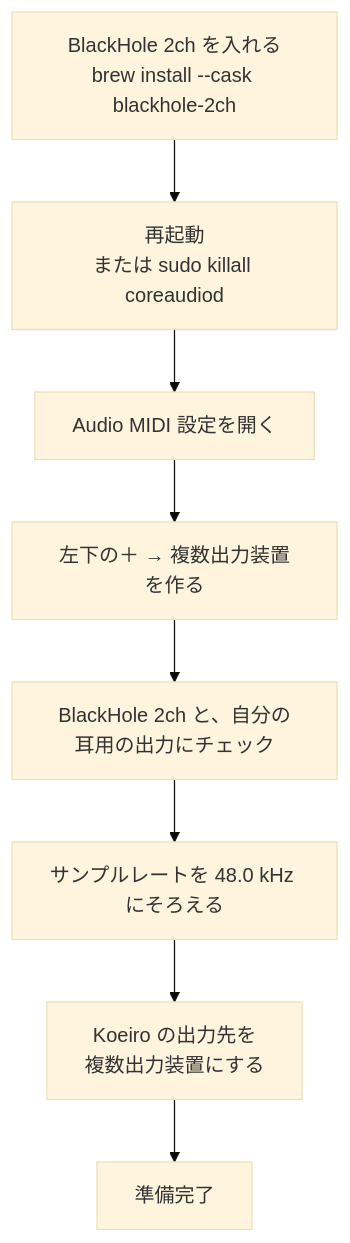
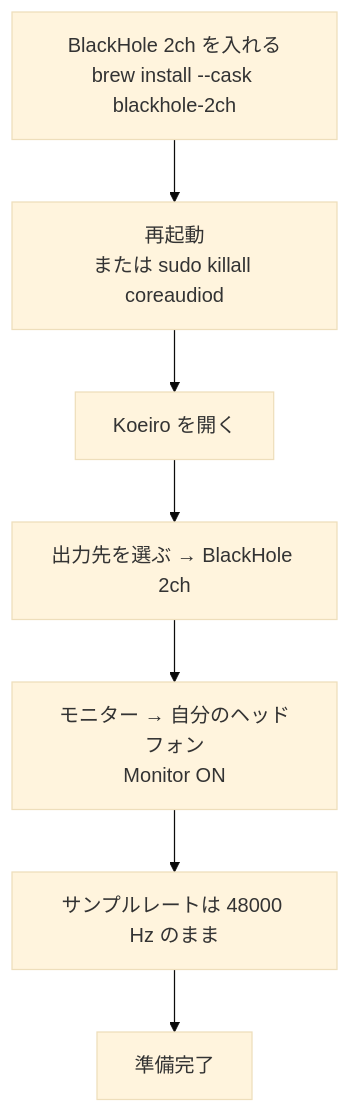
The second of 4 diagrams in AUDIO_MAC.md (riryo3/koeiro-mac), drawn with Mermaid (base theme) before and after one commit. The commit also changed other lines of this file and 2 other files, not shown here.

Commit message:
AUDIO_MAC: use Koeiro monitor instead of multi-output, recommend Chrome

````diff
--- a/AUDIO_MAC.md
+++ b/AUDIO_MAC.md
@@ -30,10 +36,9 @@
 ```mermaid
 flowchart TD
     A["BlackHole 2ch を入れる<br>brew install --cask blackhole-2ch"] --> B["再起動<br>または sudo killall coreaudiod"]
-    B --> C["Audio MIDI 設定を開く"]
-    C --> D["左下の＋ → 複数出力装置を作る"]
-    D --> E["BlackHole 2ch と、自分の耳用の出力にチェック"]
-    E --> F["サンプルレートを 48.0 kHz にそろえる"]
-    F --> G["Koeiro の出力先を<br>複数出力装置にする"]
-    G --> H["準備完了"]
+    B --> C["Koeiro を開く"]
+    C --> D["出力先を選ぶ → BlackHole 2ch"]
+    D --> E["モニター → 自分のヘッドフォン<br>Monitor ON"]
+    E --> F["サンプルレートは 48000 Hz のまま"]
+    F --> G["準備完了"]
 ```
````
